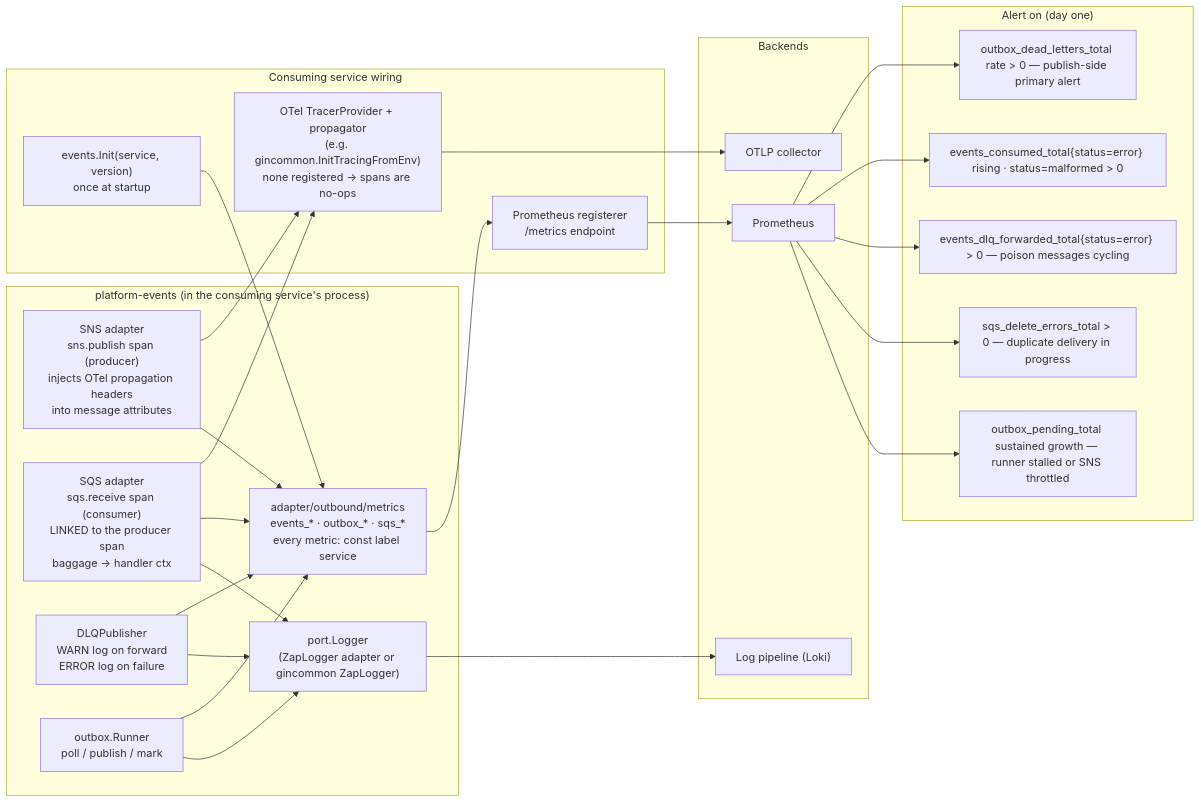
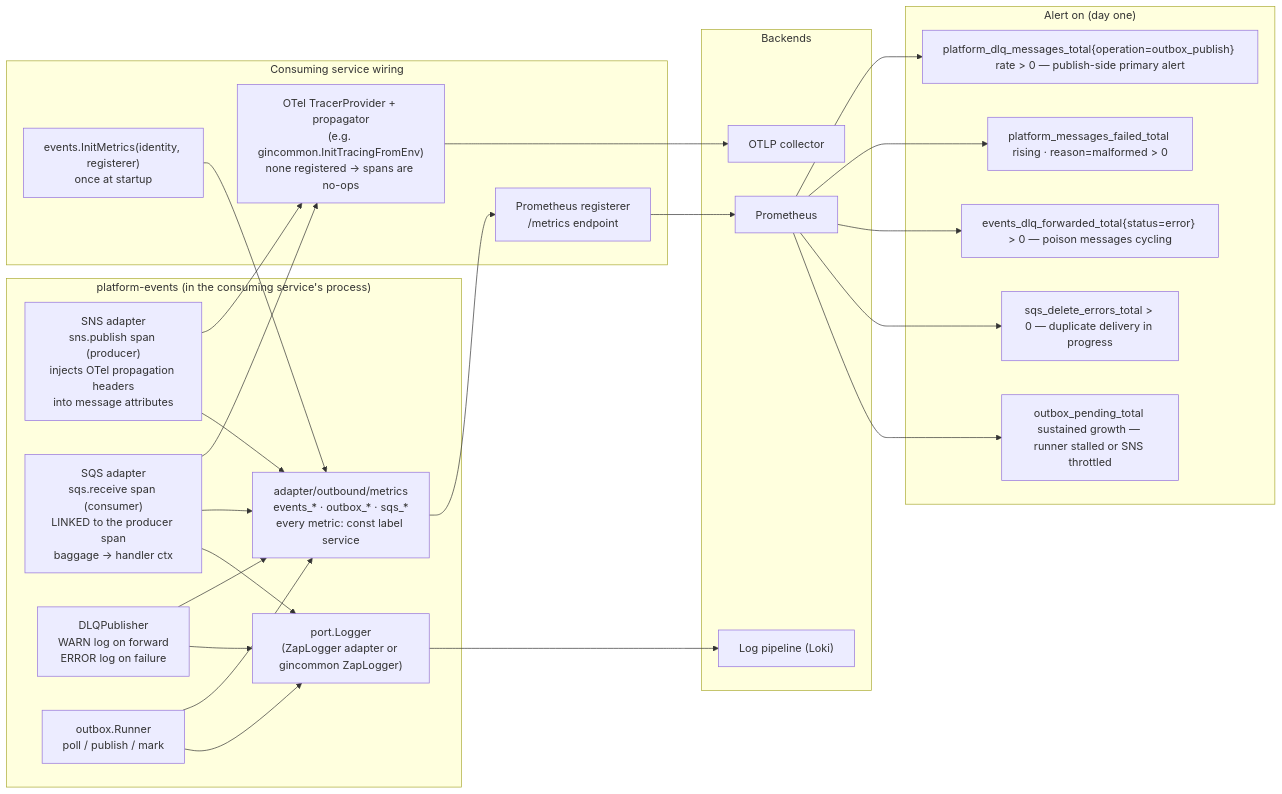
The diagram in docs/architecture/mermaid/observability-stack.mmd (BCBP-SOLUTIONS-FZC-LLC/platform-events), drawn with Mermaid before and after one commit. The commit also changed 153 other files, not shown here.

First line of the commit message:
feat: Observability Standard, outbox/consumer hardening, platform-pgcommon v1.4.3 (#12)

```diff
--- a/docs/architecture/mermaid/observability-stack.mmd
+++ b/docs/architecture/mermaid/observability-stack.mmd
@@ -1,44 +1,44 @@
 flowchart LR
     subgraph lib["platform-events (in the consuming service's process)"]
         pub["SNS adapter\nsns.publish span (producer)\ninjects OTel propagation headers\ninto message attributes"]
         con["SQS adapter\nsqs.receive span (consumer)\nLINKED to the producer span\nbaggage → handler ctx"]
         dlq["DLQPublisher\nWARN log on forward\nERROR log on failure"]
         run["outbox.Runner\npoll / publish / mark"]
         m["adapter/outbound/metrics\nevents_* · outbox_* · sqs_*\nevery metric: const label service"]
         lg["port.Logger\n(ZapLogger adapter or gincommon ZapLogger)"]
     end
 
     subgraph svc["Consuming service wiring"]
-        init["events.Init(service, version)\nonce at startup"]
+        init["events.InitMetrics(identity, registerer)\nonce at startup"]
         otel["OTel TracerProvider + propagator\n(e.g. gincommon.InitTracingFromEnv)\nnone registered → spans are no-ops"]
         reg["Prometheus registerer\n/metrics endpoint"]
     end
 
     subgraph backends["Backends"]
         prom["Prometheus"]
         coll["OTLP collector"]
         logs["Log pipeline (Loki)"]
     end
 
     init --> m
     m --> reg --> prom
     pub --> otel
     con --> otel
     otel --> coll
     pub --> m
     con --> m
     run --> m
     dlq --> m
     con --> lg
     run --> lg
     dlq --> lg
     lg --> logs
 
     subgraph alerts["Alert on (day one)"]
-        a1["outbox_dead_letters_total rate > 0 — publish-side primary alert"]
-        a2["events_consumed_total{status=error} rising · status=malformed > 0"]
+        a1["platform_dlq_messages_total{operation=outbox_publish} rate > 0 — publish-side primary alert"]
+        a2["platform_messages_failed_total rising · reason=malformed > 0"]
         a3["events_dlq_forwarded_total{status=error} > 0 — poison messages cycling"]
         a4["sqs_delete_errors_total > 0 — duplicate delivery in progress"]
         a5["outbox_pending_total sustained growth — runner stalled or SNS throttled"]
     end
     prom --> a1 & a2 & a3 & a4 & a5
```
